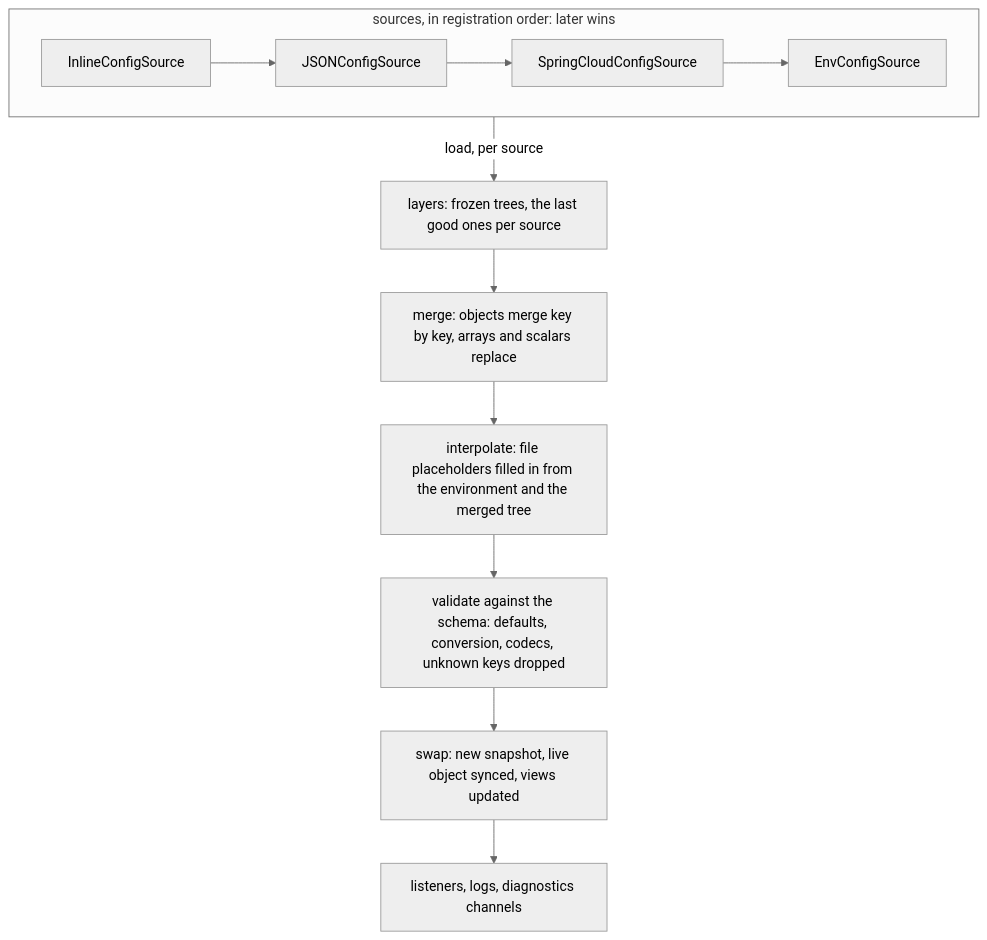
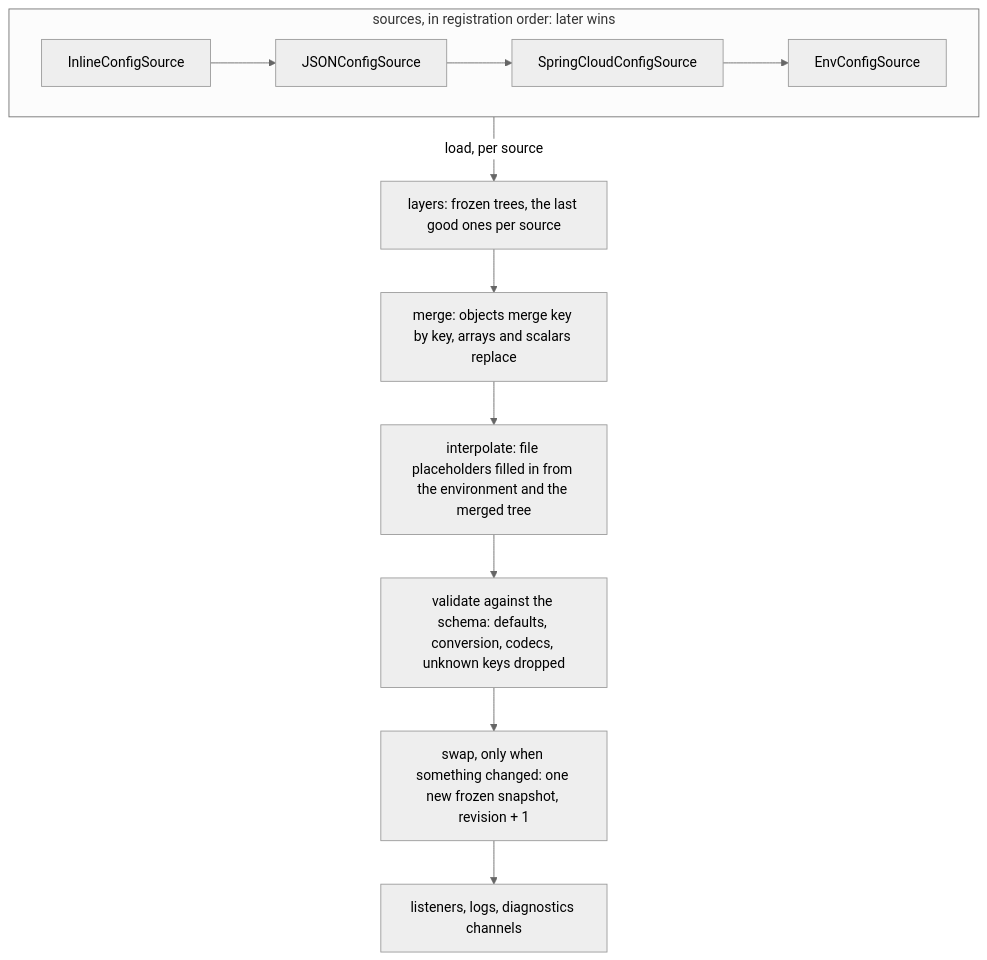
One commit to caffeinejs/caffeine changed the first of 2 diagrams in std/config/README.md. Above: the diagram before and after it, drawn with Mermaid (neutral theme). The commit also changed other lines of this file and 102 other files, not shown here.

````diff
--- a/std/config/README.md
+++ b/std/config/README.md
@@ -35,13 +34,13 @@
 ```mermaid
 flowchart TB
   subgraph S["sources, in registration order: later wins"]
     direction LR
     s1["InlineConfigSource"] --> s2["JSONConfigSource"] --> s3["SpringCloudConfigSource"] --> s4["EnvConfigSource"]
   end
   S -->|"load, per source"| C["layers: frozen trees, the last good ones per source"]
   C --> M["merge: objects merge key by key, arrays and scalars replace"]
   M --> I["interpolate: file placeholders filled in from the environment and the merged tree"]
   I --> V["validate against the schema: defaults, conversion, codecs, unknown keys dropped"]
-  V --> W["swap: new snapshot, live object synced, views updated"]
+  V --> W["swap, only when something changed: one new frozen snapshot, revision + 1"]
   W --> N["listeners, logs, diagnostics channels"]
 ```
````
